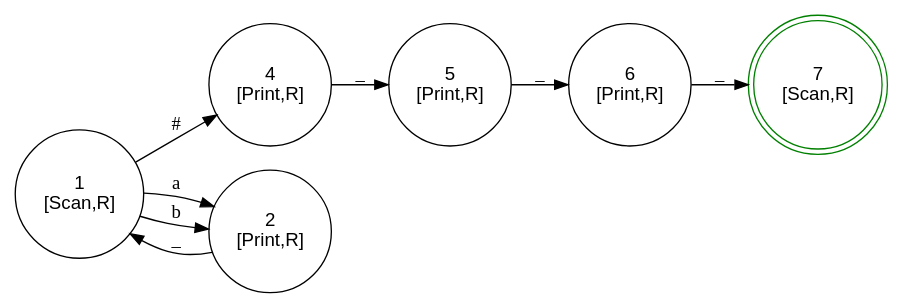
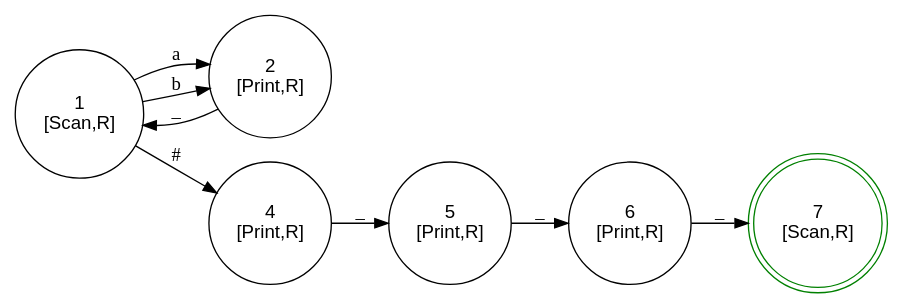
The diagram in dots/trans.dot (kokobabe99/turing_point), drawn with Graphviz before and after one commit. The commit also changed other lines of this file and 7 other files, not shown here.

```diff
--- a/dots/trans.dot
+++ b/dots/trans.dot
@@ -1,16 +1,16 @@
 digraph FSM {
   rankdir=LR; node [shape=circle, fontname="Arial"];
   1 [label="1\n[Scan,R]", shape=circle];
-  1 -> 4 [label="#"];
   1 -> 2 [label="a"];
   1 -> 2 [label="b"];
+  1 -> 4 [label="#"];
   2 [label="2\n[Print,R]", shape=circle];
   2 -> 1 [label="_"];
   4 [label="4\n[Print,R]", shape=circle];
   4 -> 5 [label="_"];
   5 [label="5\n[Print,R]", shape=circle];
   5 -> 6 [label="_"];
   6 [label="6\n[Print,R]", shape=circle];
   6 -> 7 [label="_"];
   7 [label="7\n[Scan,R]", shape=doublecircle, color="green"];
 }
```
